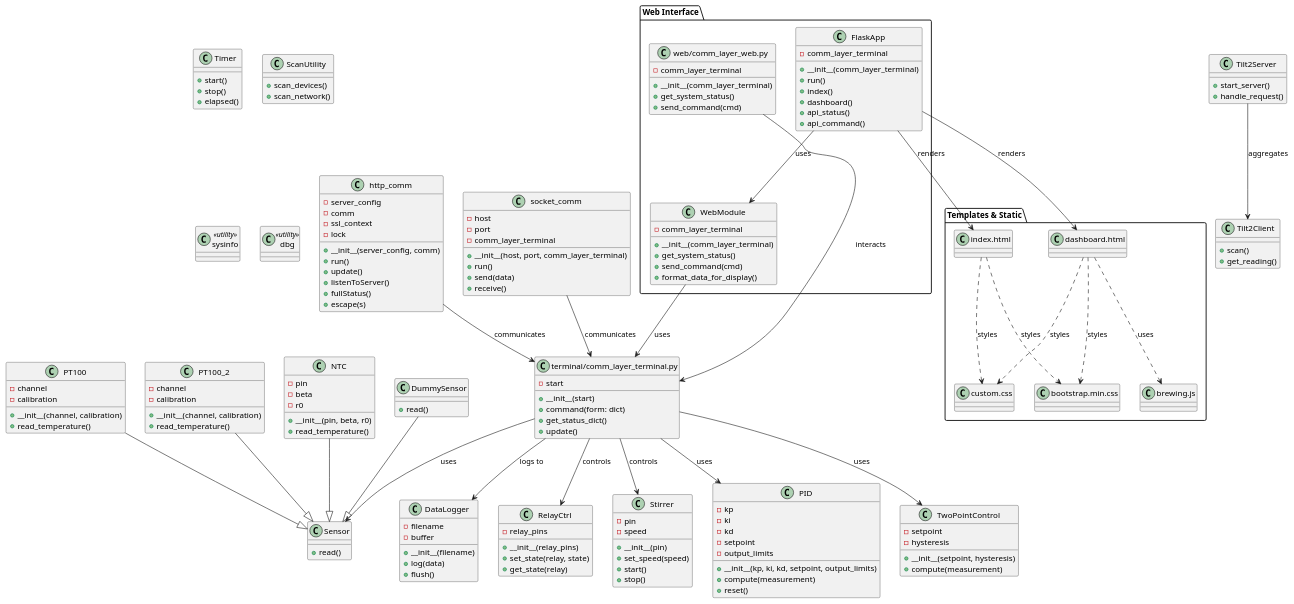
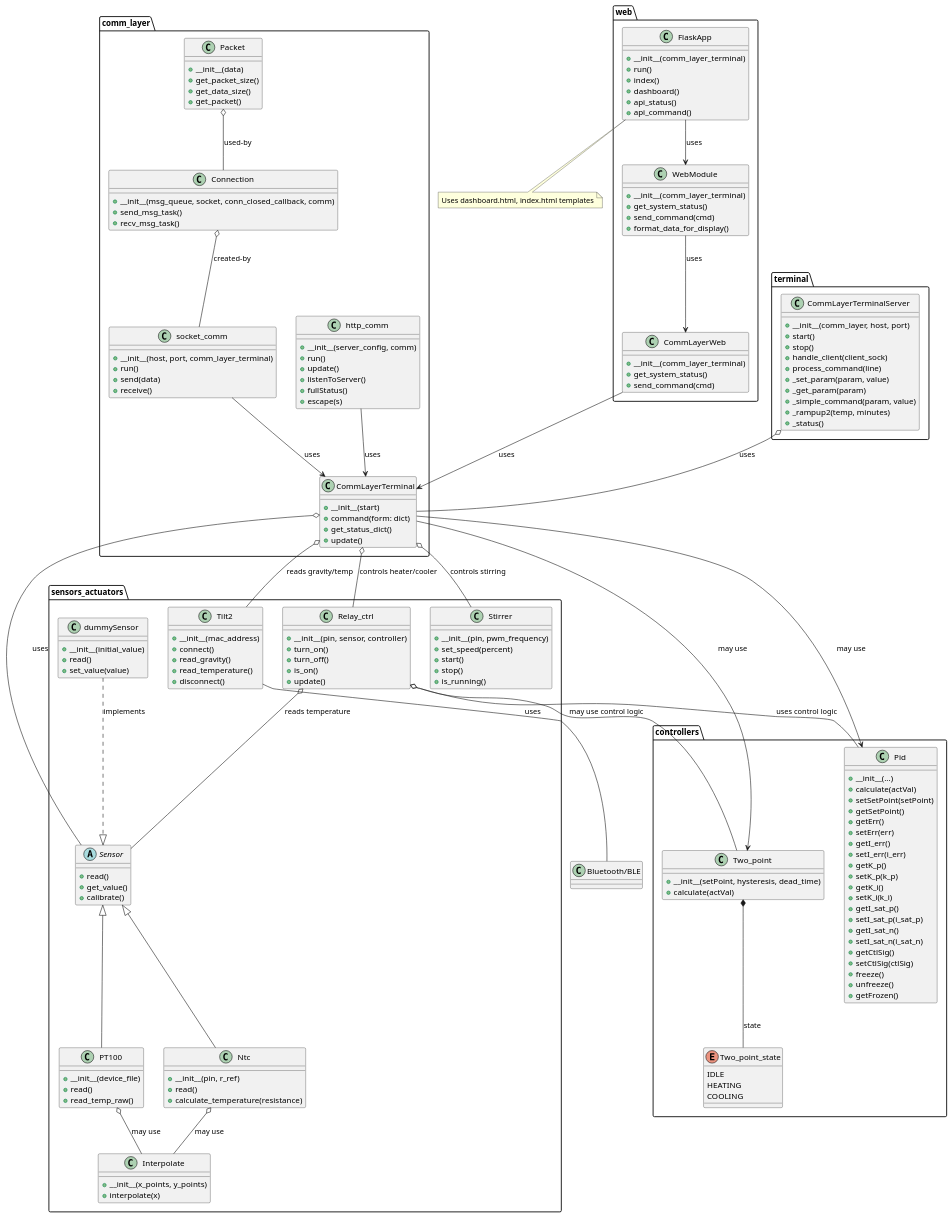
The diagram in docs/brewing_control_system_uml.puml (l-brew/raspberry), drawn with PlantUML before and after one commit. The commit also changed 2 other files, not shown here.

Commit message:
Update UML diagram and improve documentation structure

```diff
--- a/docs/brewing_control_system_uml.puml
+++ b/docs/brewing_control_system_uml.puml
@@ -1,189 +1,219 @@
 @startuml
-' Core Control & Communication
-class "terminal/comm_layer_terminal.py" as CommLayerTerminal {
-    - start
-    + __init__(start)
-    + command(form: dict)
-    + get_status_dict()
-    + update()
-}
-class http_comm {
-    - server_config
-    - comm
-    - ssl_context
-    - lock
-    + __init__(server_config, comm)
-    + run()
-    + update()
-    + listenToServer()
-    + fullStatus()
-    + escape(s)
-}
-class socket_comm {
-    - host
-    - port
-    - comm_layer_terminal
-    + __init__(host, port, comm_layer_terminal)
-    + run()
-    + send(data)
-    + receive()
-}
 
-' Web Interface
-package "Web Interface" {
+' =================== Web Interface ===================
+package "web" {
     class FlaskApp {
-        - comm_layer_terminal
-        + __init__(comm_layer_terminal)
-        + run()
-        + index()
-        + dashboard()
-        + api_status()
-        + api_command()
+      +__init__(comm_layer_terminal)
+      +run()
+      +index()
+      +dashboard()
+      +api_status()
+      +api_command()
     }
+
     class WebModule {
-        - comm_layer_terminal
-        + __init__(comm_layer_terminal)
-        + get_system_status()
-        + send_command(cmd)
-        + format_data_for_display()
+      +__init__(comm_layer_terminal)
+      +get_system_status()
+      +send_command(cmd)
+      +format_data_for_display()
     }
-    class "web/comm_layer_web.py" as CommLayerWeb {
-        - comm_layer_terminal
-        + __init__(comm_layer_terminal)
-        + get_system_status()
-        + send_command(cmd)
+
+    class CommLayerWeb {
+      +__init__(comm_layer_terminal)
+      +get_system_status()
+      +send_command(cmd)
     }
 }
 
-' Web Templates & Static Files
-package "Templates & Static" {
-    class "dashboard.html" as DashboardTemplate
-    class "index.html" as IndexTemplate
-    class "bootstrap.min.css" as BootstrapCSS
-    class "custom.css" as CustomCSS
-    class "brewing.js" as BrewingJS
+' =================== Communication Layer ===================
+package "comm_layer" {
+    class CommLayerTerminal {
+      +__init__(start)
+      +command(form: dict)
+      +get_status_dict()
+      +update()
+    }
+
+    class http_comm {
+      +__init__(server_config, comm)
+      +run()
+      +update()
+      +listenToServer()
+      +fullStatus()
+      +escape(s)
+    }
+
+    class socket_comm {
+      +__init__(host, port, comm_layer_terminal)
+      +run()
+      +send(data)
+      +receive()
+    }
+    
+    class Connection {
+      +__init__(msg_queue, socket, conn_closed_callback, comm)
+      +send_msg_task()
+      +recv_msg_task()
+    }
+
+    class Packet {
+      +__init__(data)
+      +get_packet_size()
+      +get_data_size()
+      +get_packet()
+    }
 }
 
-' Sensors & Actuators
-class Sensor {
-    + read()
-}
-class PT100 {
-    - channel
-    - calibration
-    + __init__(channel, calibration)
-    + read_temperature()
-}
-class PT100_2 {
-    - channel
-    - calibration
-    + __init__(channel, calibration)
-    + read_temperature()
-}
-class NTC {
-    - pin
-    - beta
-    - r0
-    + __init__(pin, beta, r0)
-    + read_temperature()
-}
-class DummySensor {
-    + read()
-}
-class RelayCtrl {
-    - relay_pins
-    + __init__(relay_pins)
-    + set_state(relay, state)
-    + get_state(relay)
-}
-class Stirrer {
-    - pin
-    - speed
-    + __init__(pin)
-    + set_speed(speed)
-    + start()
-    + stop()
+' =================== Terminal ===================
+package "terminal" {
+    class CommLayerTerminalServer {
+      +__init__(comm_layer, host, port)
+      +start()
+      +stop()
+      +handle_client(client_sock)
+      +process_command(line)
+      +_set_param(param, value)
+      +_get_param(param)
+      +_simple_command(param, value)
+      +_rampup2(temp, minutes)
+      +_status()
+    }
 }
 
-' Utilities & Support
-class PID {
-    - kp
-    - ki
-    - kd
-    - setpoint
-    - output_limits
-    + __init__(kp, ki, kd, setpoint, output_limits)
-    + compute(measurement)
-    + reset()
-}
-class TwoPointControl {
-    - setpoint
-    - hysteresis
-    + __init__(setpoint, hysteresis)
-    + compute(measurement)
-}
-class Timer {
-    + start()
-    + stop()
-    + elapsed()
-}
-class ScanUtility {
-    + scan_devices()
-    + scan_network()
-}
-class DataLogger {
-    - filename
-    - buffer
-    + __init__(filename)
-    + log(data)
-    + flush()
+' =================== Controllers ===================
+package "controllers" {
+    class Pid {
+      +__init__(...)
+      +calculate(actVal)
+      +setSetPoint(setPoint)
+      +getSetPoint()
+      +getErr()
+      +setErr(err)
+      +getI_err()
+      +setI_err(i_err)
+      +getK_p()
+      +setK_p(k_p)
+      +getK_i()
+      +setK_i(k_i)
+      +getI_sat_p()
+      +setI_sat_p(i_sat_p)
+      +getI_sat_n()
+      +setI_sat_n(i_sat_n)
+      +getCtlSig()
+      +setCtlSig(ctlSig)
+      +freeze()
+      +unfreeze()
+      +getFrozen()
+    }
+
+    enum Two_point_state {
+      IDLE
+      HEATING
+      COOLING
+    }
+
+    class Two_point {
+      +__init__(setPoint, hysteresis, dead_time)
+      +calculate(actVal)
+    }
 }
 
-' Tilt Hydrometer Integration
-class Tilt2Client {
-    + scan()
-    + get_reading()
-}
-class Tilt2Server {
-    + start_server()
-    + handle_request()
+' =================== Sensors and Actuators ===================
+package "sensors_actuators" {
+    abstract class Sensor {
+      +read()
+      +get_value()
+      +calibrate()
+    }
+
+    class dummySensor {
+      +__init__(initial_value)
+      +read()
+      +set_value(value)
+    }
+
+    class Ntc {
+      +__init__(pin, r_ref)
+      +read()
+      +calculate_temperature(resistance)
+    }
+
+    class PT100 {
+      +__init__(device_file)
+      +read()
+      +read_temp_raw()
+    }
+
+    class Interpolate {
+      +__init__(x_points, y_points)
+      +interpolate(x)
+    }
+
+    class Tilt2 {
+      +__init__(mac_address)
+      +connect()
+      +read_gravity()
+      +read_temperature()
+      +disconnect()
+    }
+
+    class Relay_ctrl {
+      +__init__(pin, sensor, controller)
+      +turn_on()
+      +turn_off()
+      +is_on()
+      +update()
+    }
+
+    class Stirrer {
+      +__init__(pin, pwm_frequency)
+      +set_speed(percent)
+      +start()
+      +stop()
+      +is_running()
+    }
 }
 
-' Relationships
-CommLayerTerminal --> Sensor : uses
-CommLayerTerminal --> RelayCtrl : controls
-CommLayerTerminal --> Stirrer : controls
-CommLayerTerminal --> PID : uses
-CommLayerTerminal --> TwoPointControl : uses
-CommLayerTerminal --> DataLogger : logs to
-http_comm --> CommLayerTerminal : communicates
-socket_comm --> CommLayerTerminal : communicates
-PT100 --|> Sensor
-PT100_2 --|> Sensor
-NTC --|> Sensor
-DummySensor --|> Sensor
-Tilt2Server --> Tilt2Client : aggregates
+' =================== Relationships ===================
+' Web relationships
+FlaskApp --> WebModule : uses
+WebModule --> CommLayerWeb : uses
+CommLayerWeb --> CommLayerTerminal : uses
 
-' Web Interface Relationships
-FlaskApp --> WebModule : uses
-WebModule --> CommLayerTerminal : uses
-CommLayerWeb --> CommLayerTerminal : interacts
-FlaskApp --> DashboardTemplate : renders
-FlaskApp --> IndexTemplate : renders
-DashboardTemplate ..> BootstrapCSS : styles
-DashboardTemplate ..> CustomCSS : styles
-DashboardTemplate ..> BrewingJS : uses
-IndexTemplate ..> BootstrapCSS : styles
-IndexTemplate ..> CustomCSS : styles
+' Comm layer relationships
+socket_comm --> CommLayerTerminal : uses
+http_comm --> CommLayerTerminal : uses
+Connection o-- socket_comm : created-by
+Packet o-- Connection : used-by
 
-' ' Browser interaction
-' actor Browser
-' Browser --> FlaskApp : HTTP requests
+' Terminal relationships
+CommLayerTerminalServer o-- CommLayerTerminal : uses
 
-' ' Note: start.py is the entry point, not a class
+' Controller relationships
+Two_point *-- Two_point_state : state
 
-' Utilities
-class sysinfo <<utility>>
-class dbg <<utility>>
+' Sensor relationships
+Sensor <|-- PT100
+Sensor <|-- Ntc
+dummySensor ..|> Sensor : implements
+PT100 o-- Interpolate : may use
+Ntc o-- Interpolate : may use
+Tilt2 -- "Bluetooth/BLE" : uses
+
+' Actuator relationships
+Relay_ctrl o-- Sensor : reads temperature
+Relay_ctrl o-- Pid : uses control logic
+Relay_ctrl o-- Two_point : may use control logic
+
+' Cross-package relationships
+CommLayerTerminal --> Pid : may use
+CommLayerTerminal --> Two_point : may use
+CommLayerTerminal o-- Sensor : uses
+CommLayerTerminal o-- Relay_ctrl : controls heater/cooler
+CommLayerTerminal o-- Stirrer : controls stirring
+CommLayerTerminal o-- Tilt2 : reads gravity/temp
+
+note "Uses dashboard.html, index.html templates" as N1
+FlaskApp .. N1
 
 @enduml
```
